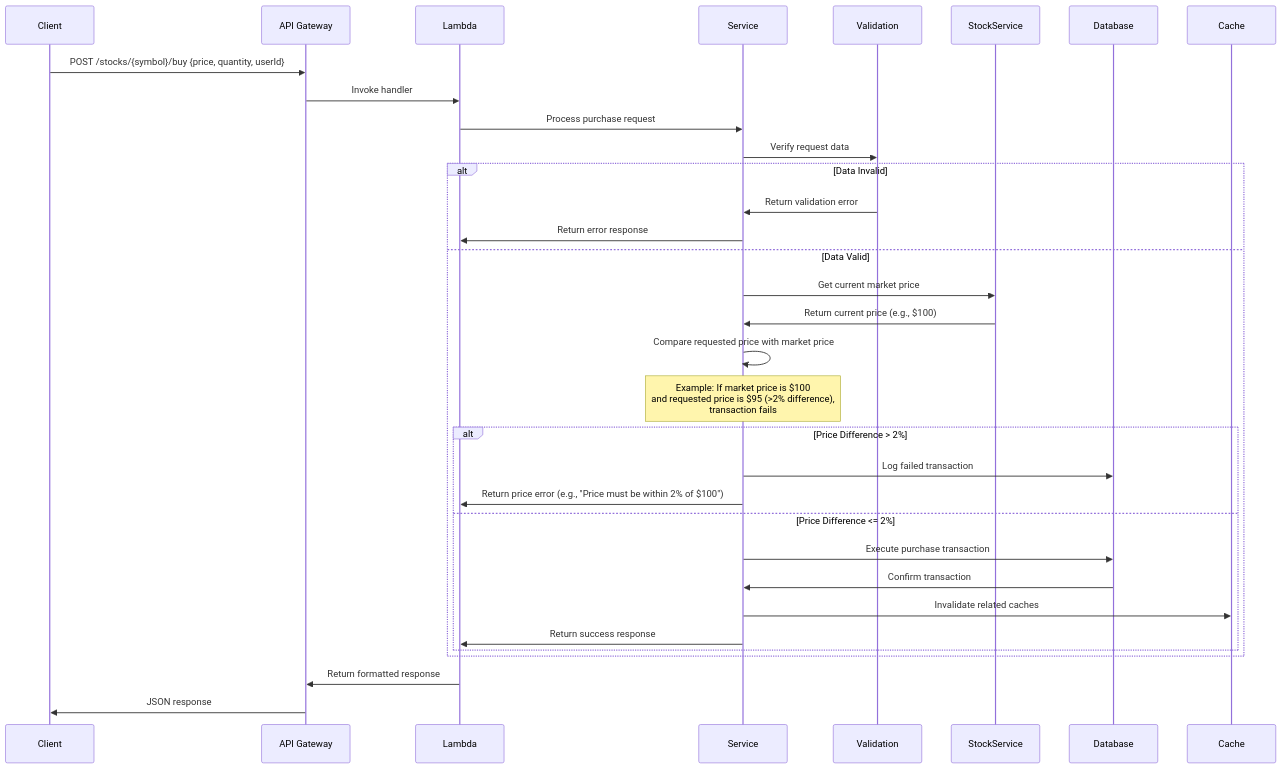
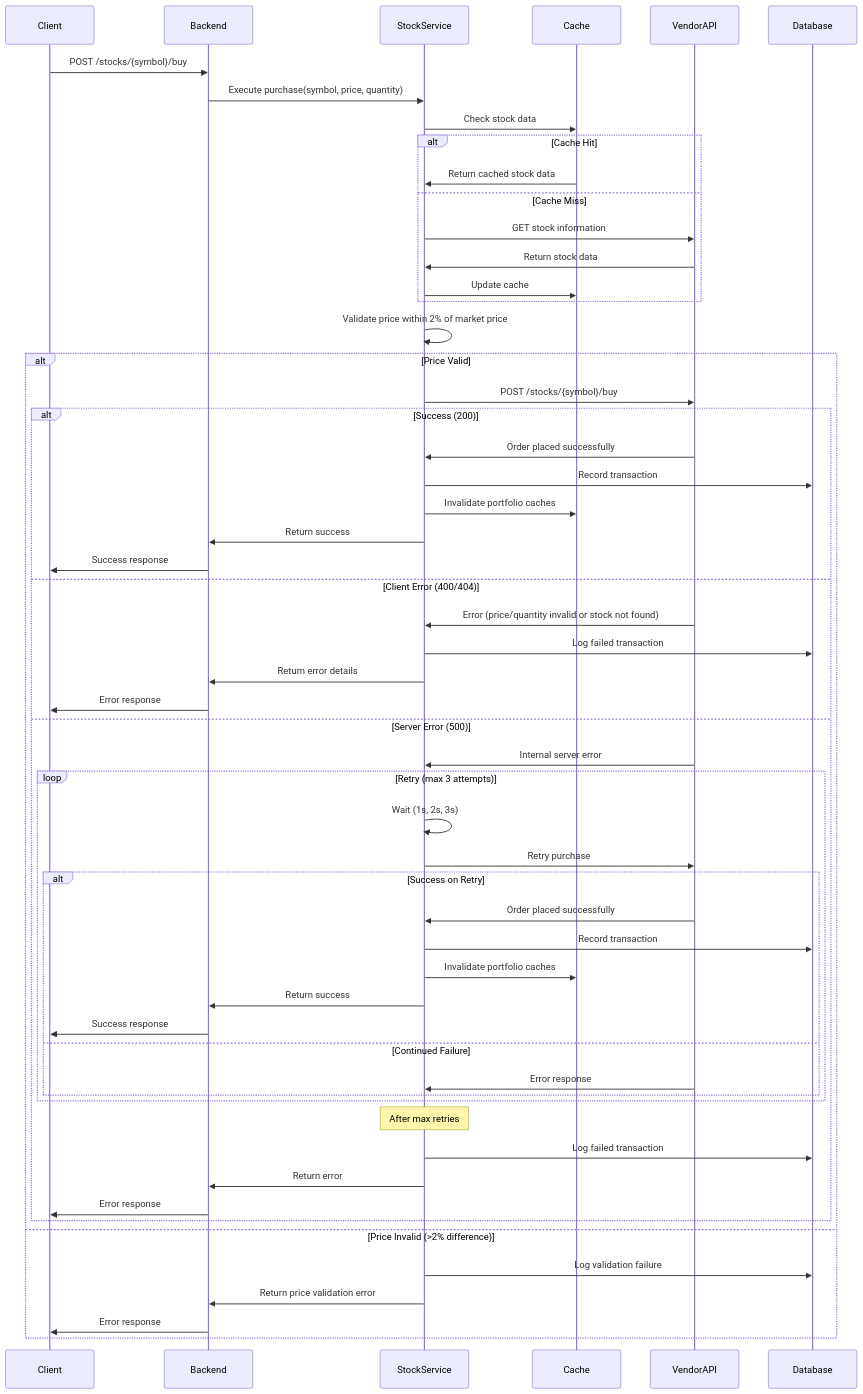
Before and after one commit to meca1/fuse-stock-trading-service: the fourth of 5 diagrams in REPORT.md, drawn with Mermaid.

Commit message:
docs(REPORT): update sequence diagram for stock purchase process; enhance clarity on caching, validation, and error handling, including retry logic for API interactions

````diff
--- a/REPORT.md
+++ b/REPORT.md
@@ -147,35 +147,64 @@
 ```mermaid
 sequenceDiagram
-    Client->>API Gateway: POST /stocks/{symbol}/buy {price, quantity, userId}
-    API Gateway->>Lambda: Invoke handler
+    Client->>Backend: POST /stocks/{symbol}/buy
     
-    Lambda->>Service: Process purchase request
+    Backend->>StockService: Execute purchase(symbol, price, quantity)
+    StockService->>Cache: Check stock data
     
-    Service->>Validation: Verify request data
-    
-    alt Data Invalid
-        Validation->>Service: Return validation error
-        Service->>Lambda: Return error response
-    else Data Valid
-        Service->>StockService: Get current market price
-        StockService->>Service: Return current price (e.g., $100)
-        
-        Service->>Service: Compare requested price with market price
-        Note over Service: Example: If market price is $100<br>and requested price is $95 (>2% difference),<br>transaction fails
-        
-        alt Price Difference > 2%
-            Service->>Database: Log failed transaction
-            Service->>Lambda: Return price error (e.g., "Price must be within 2% of $100")
-        else Price Difference <= 2%
-            Service->>Database: Execute purchase transaction
-            Database->>Service: Confirm transaction
-            
-            Service->>Cache: Invalidate related caches
-            
-            Service->>Lambda: Return success response
-        end
+    alt Cache Hit
+        Cache->>StockService: Return cached stock data
+    else Cache Miss
+        StockService->>VendorAPI: GET stock information
+        VendorAPI->>StockService: Return stock data
+        StockService->>Cache: Update cache
     end
     
-    Lambda->>API Gateway: Return formatted response
-    API Gateway->>Client: JSON response
+    StockService->>StockService: Validate price within 2% of market price
+    
+    alt Price Valid
+        StockService->>VendorAPI: POST /stocks/{symbol}/buy
+        
+        alt Success (200)
+            VendorAPI->>StockService: Order placed successfully
+            StockService->>Database: Record transaction
+            StockService->>Cache: Invalidate portfolio caches
+            StockService->>Backend: Return success
+            Backend->>Client: Success response
+            
+        else Client Error (400/404)
+            VendorAPI->>StockService: Error (price/quantity invalid or stock not found)
+            StockService->>Database: Log failed transaction
+            StockService->>Backend: Return error details
+            Backend->>Client: Error response
+            
+        else Server Error (500)
+            VendorAPI->>StockService: Internal server error
+            
+            loop Retry (max 3 attempts)
+                StockService->>StockService: Wait (1s, 2s, 3s)
+                StockService->>VendorAPI: Retry purchase
+                
+                alt Success on Retry
+                    VendorAPI->>StockService: Order placed successfully
+                    StockService->>Database: Record transaction
+                    StockService->>Cache: Invalidate portfolio caches
+                    StockService->>Backend: Return success
+                    Backend->>Client: Success response
+                    
+                else Continued Failure
+                    VendorAPI->>StockService: Error response
+                end
+            end
+            
+            Note over StockService: After max retries
+            StockService->>Database: Log failed transaction
+            StockService->>Backend: Return error
+            Backend->>Client: Error response
+        end
+        
+    else Price Invalid (>2% difference)
+        StockService->>Database: Log validation failure
+        StockService->>Backend: Return price validation error
+        Backend->>Client: Error response
+    end
 ```
````
